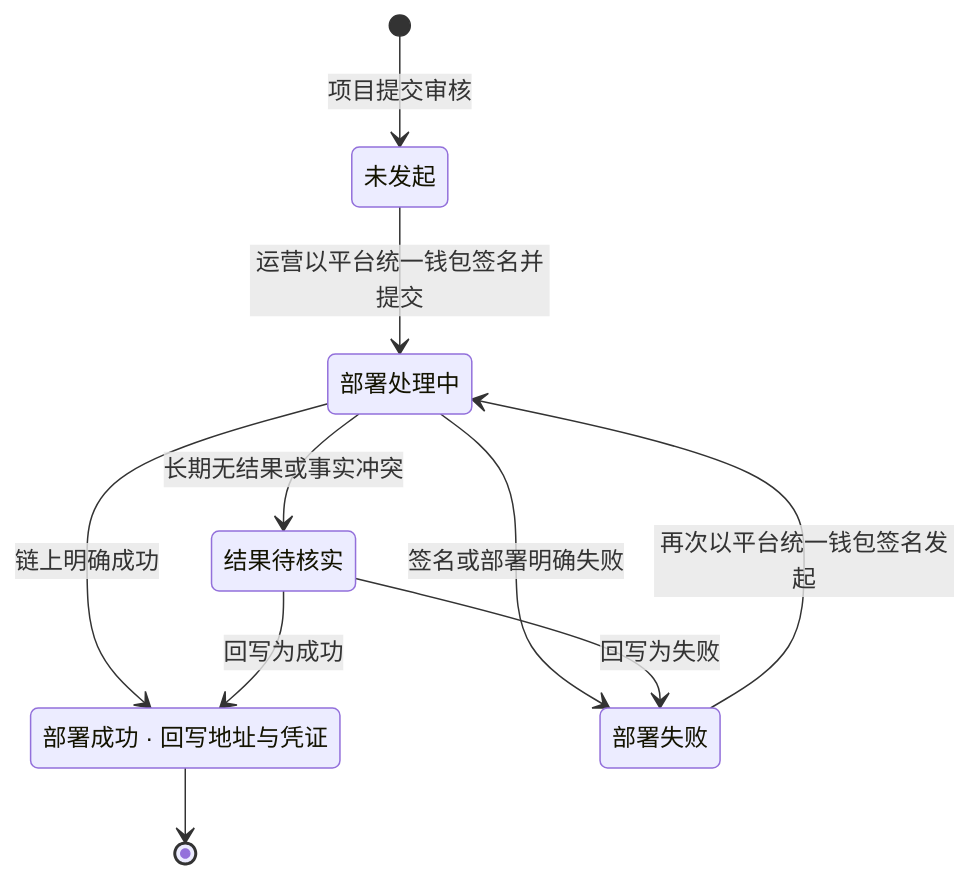
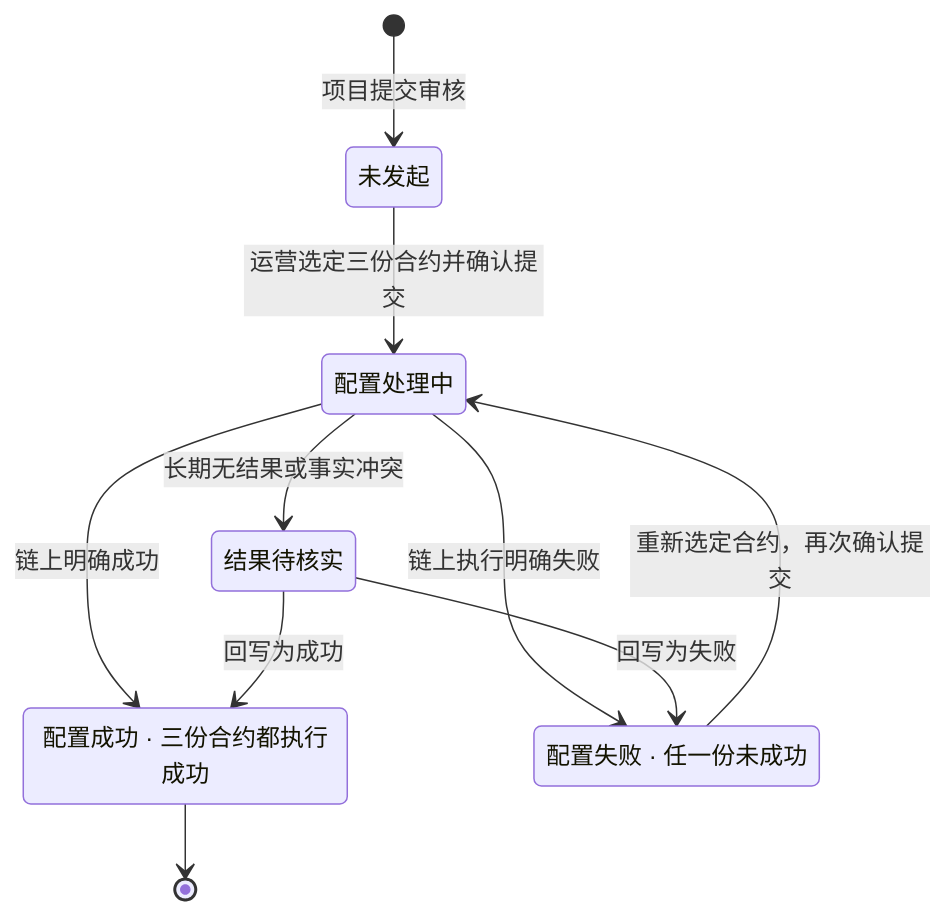
The fifth of 5 diagrams in lending-platform/PRD/运营端/04-运营端项目合约管理/02-运营端项目合约管理-流程图与状态机.md (wxblockchain/Chain-Financing), drawn with Mermaid before and after one commit. The commit also changed other lines of this file and 4 other files, not shown here.

````diff
--- a/lending-platform/PRD/运营端/04-运营端项目合约管理/02-运营端项目合约管理-流程图与状态机.md
+++ b/lending-platform/PRD/运营端/04-运营端项目合约管理/02-运营端项目合约管理-流程图与状态机.md
@@ -116,17 +120,17 @@
 ```mermaid
 stateDiagram-v2
   NONE: 未发起
-  RUNNING: 部署处理中
-  SUCCESS: 部署成功 · 回写地址与凭证
-  FAILED: 部署失败
+  RUNNING: 配置处理中
+  SUCCESS: 配置成功 · 三份合约都执行成功
+  FAILED: 配置失败 · 任一份未成功
   UNKNOWN: 结果待核实
   [*] --> NONE: 项目提交审核
-  NONE --> RUNNING: 运营以平台统一钱包签名并提交
+  NONE --> RUNNING: 运营选定三份合约并确认提交
   RUNNING --> SUCCESS: 链上明确成功
-  RUNNING --> FAILED: 签名或部署明确失败
+  RUNNING --> FAILED: 链上执行明确失败
   RUNNING --> UNKNOWN: 长期无结果或事实冲突
-  FAILED --> RUNNING: 再次以平台统一钱包签名发起
+  FAILED --> RUNNING: 重新选定合约，再次确认提交
   UNKNOWN --> SUCCESS: 回写为成功
   UNKNOWN --> FAILED: 回写为失败
   SUCCESS --> [*]
 ```
````
